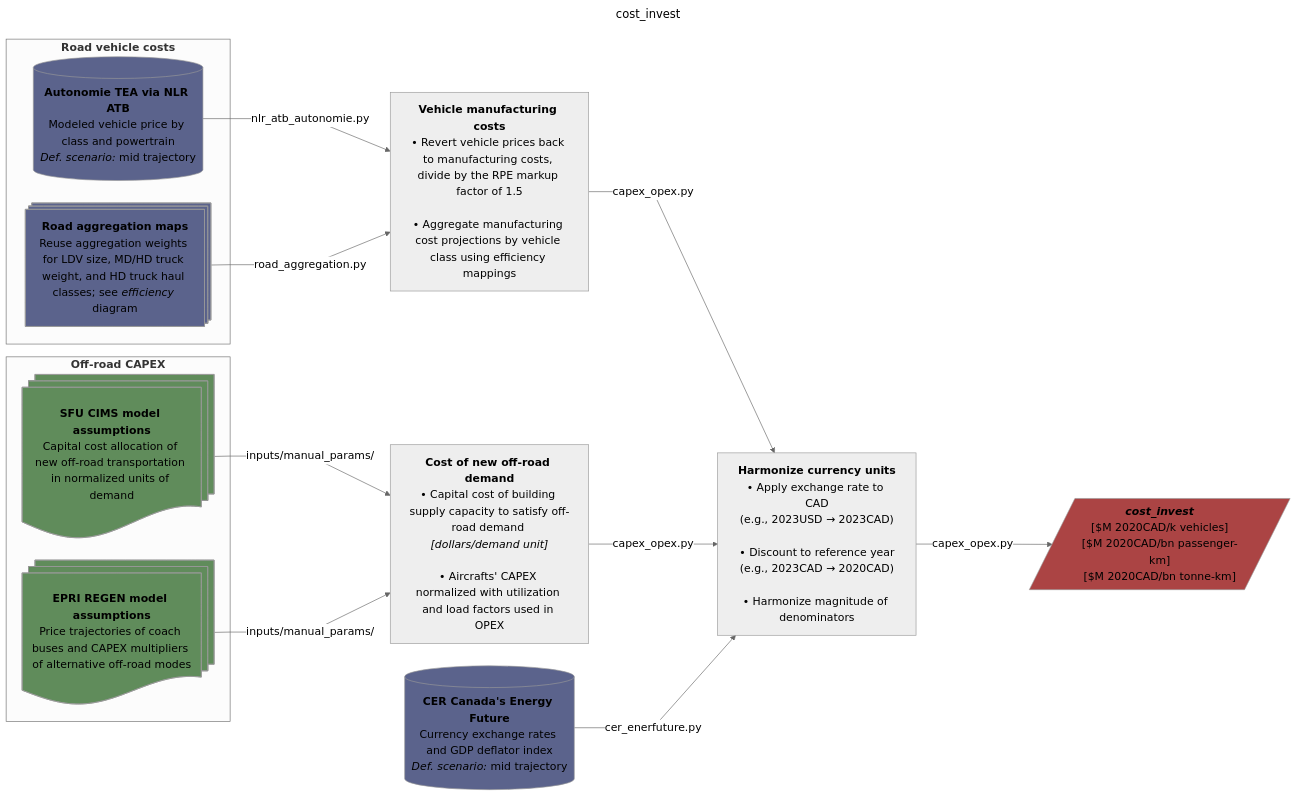
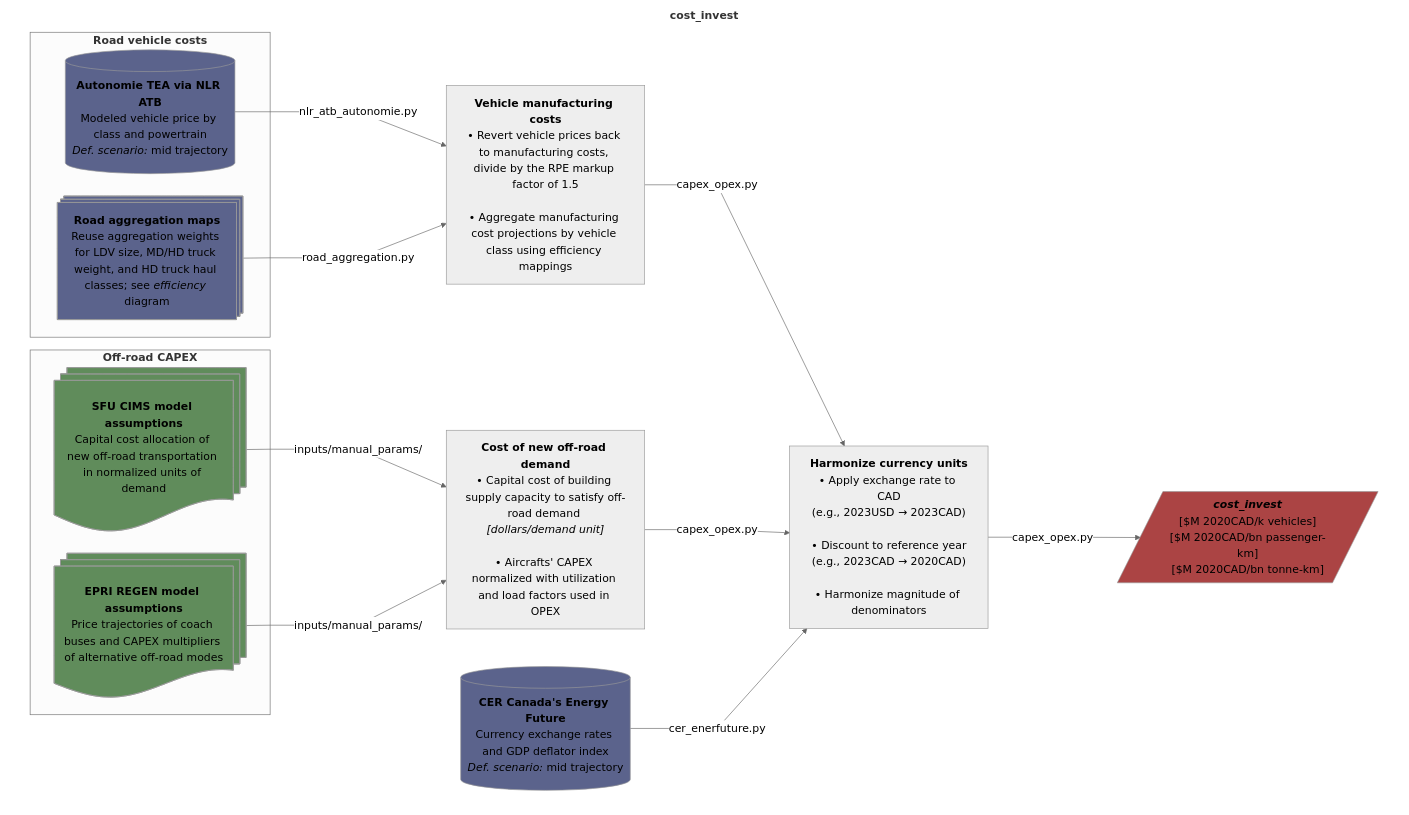
One commit to CANOE-main/canoe-transportation changed the eighth of 9 diagrams in README.md. Above: the diagram before and after it, drawn with Mermaid. The commit also changed other lines of this file and 4 other files, not shown here.

Commit message:
Fixed README.md flowcharts' background and reverted utils/ into utils.py, - enclosed all diagrams inside a blank subgraph to always render a white background

````diff
--- a/README.md
+++ b/README.md
@@ -578,59 +594,62 @@
 ```mermaid
 ---
-title: cost_invest
 config:
   layout: dagre
   theme: neutral
   themeVariables:
     fontSize: 17px
   flowchart:
     nodeSpacing: 35
     rankSpacing: 50
     wrappingWidth: 250
     curve: linear
 ---
 flowchart LR
+  subgraph canvas["`**cost_invest**`"]
+  direction LR
   s3[("`**CER Canada's Energy Future**<br>Currency exchange rates and GDP deflator index<br>*Def. scenario:* mid trajectory`")]
   subgraph offroad["`**Off-road CAPEX**`"]
 	  %% --- Sources ---
 	  s7@{shape: docs, label: "**SFU CIMS model assumptions**<br>Capital cost allocation of new off-road transportation in normalized units of demand"}
 	  s8@{shape: docs, label: "**EPRI REGEN model assumptions**<br>Price trajectories of coach buses and CAPEX multipliers of alternative off-road modes"}
   end
 	  
   %% --- Processes ---
   p3["`**Cost of new off-road demand**<br>• Capital cost of building supply capacity to satisfy off-road demand *[dollars/demand unit]*<br><br>• Aircrafts' CAPEX normalized with utilization and load factors used in OPEX`"]
   s7 & s8 -- inputs/manual_params/ --> p3
   
   subgraph road["`**Road vehicle costs**`"]
 	  %% --- Sources ---
 	  s1@{shape: processes, label: "**Road aggregation maps**<br>Reuse aggregation weights for LDV size, MD/HD truck weight, and HD truck haul classes; see *efficiency* diagram"}
 	  s2[("`**Autonomie TEA via NLR ATB**<br>Modeled vehicle price by class and powertrain<br>*Def. scenario:* mid trajectory`")]
   end
 	  
   %% --- Processes ---
   p2["`**Vehicle manufacturing costs**<br>• Revert vehicle prices back to manufacturing costs, divide by the RPE markup factor of 1.5<br><br>• Aggregate manufacturing cost projections by vehicle class using efficiency mappings`"]
   s2 -- nlr_atb_autonomie.py --> p2
   s1 -- road_aggregation.py --> p2
   
   p4["`**Harmonize currency units**<br>• Apply exchange rate to CAD<br>(e.g., 2023USD → 2023CAD)<br><br>• Discount to reference year<br>(e.g., 2023CAD → 2020CAD)<br><br>• Harmonize magnitude of denominators`"]
   p2 -- capex_opex.py --> p4
   p3 -- capex_opex.py --> p4
   s3 -- cer_enerfuture.py --> p4
 
   p4 -- capex_opex.py --> o1[/"`***cost_invest***<br>[$M 2020CAD/k vehicles]<br>[$M 2020CAD/bn passenger-km]<br>[$M 2020CAD/bn tonne-km]`"/]
+  end
 
   %% --- Styling ---
+  style canvas fill:#ffffff,stroke:#ffffff
   classDef database fill:#5b638c
   classDef doc fill:#608c5b
   classDef output fill:#ab4444
 
   class s1,s2,s3 database;
   class s7,s8 doc;
   class o1 output;
 
   %% --- Hyperlinks ---
   click s8 "https://us-regen-docs.epri.com/v2025/assumptions/transportation.html#non-road-vehicles"
   click s7 "https://github.com/EMRG-SFU/cims-models/tree/main/sources/sectors"
   click s2 "https://vms.taps.anl.gov/research-highlights/vehicle-technologies/u-s-doe-vto-hfto-r-d-benefits/"
   click s3 "https://open.canada.ca/data/en/dataset/07c42deb-9435-43b9-a416-7ce316f3893d"
 ```
````
